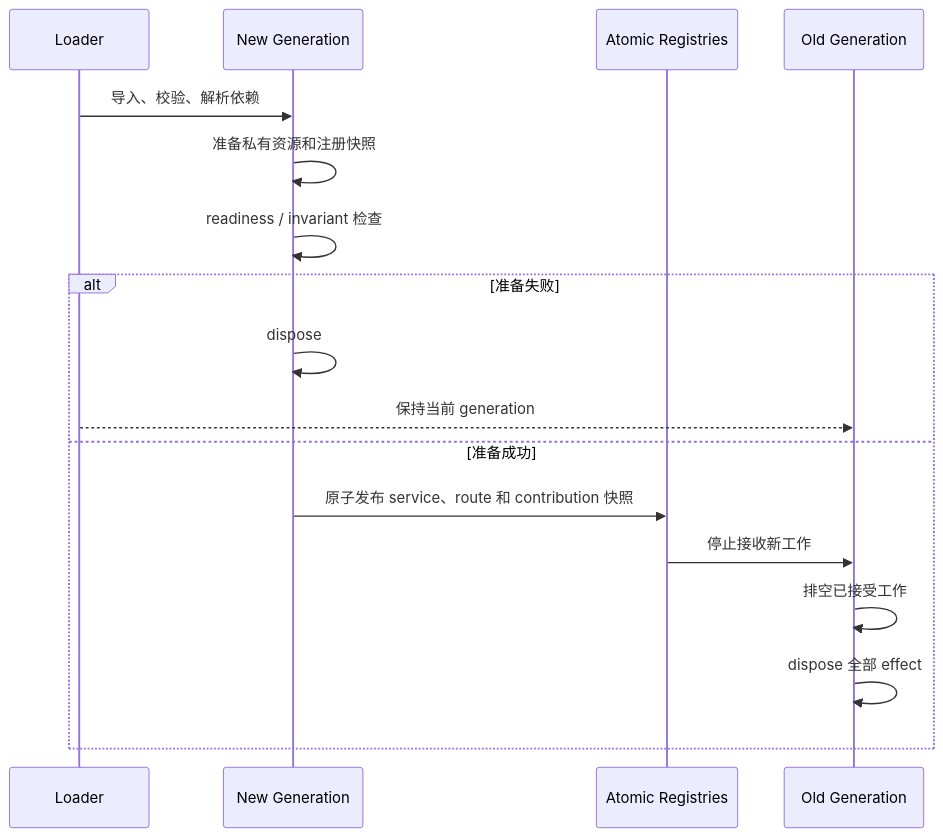
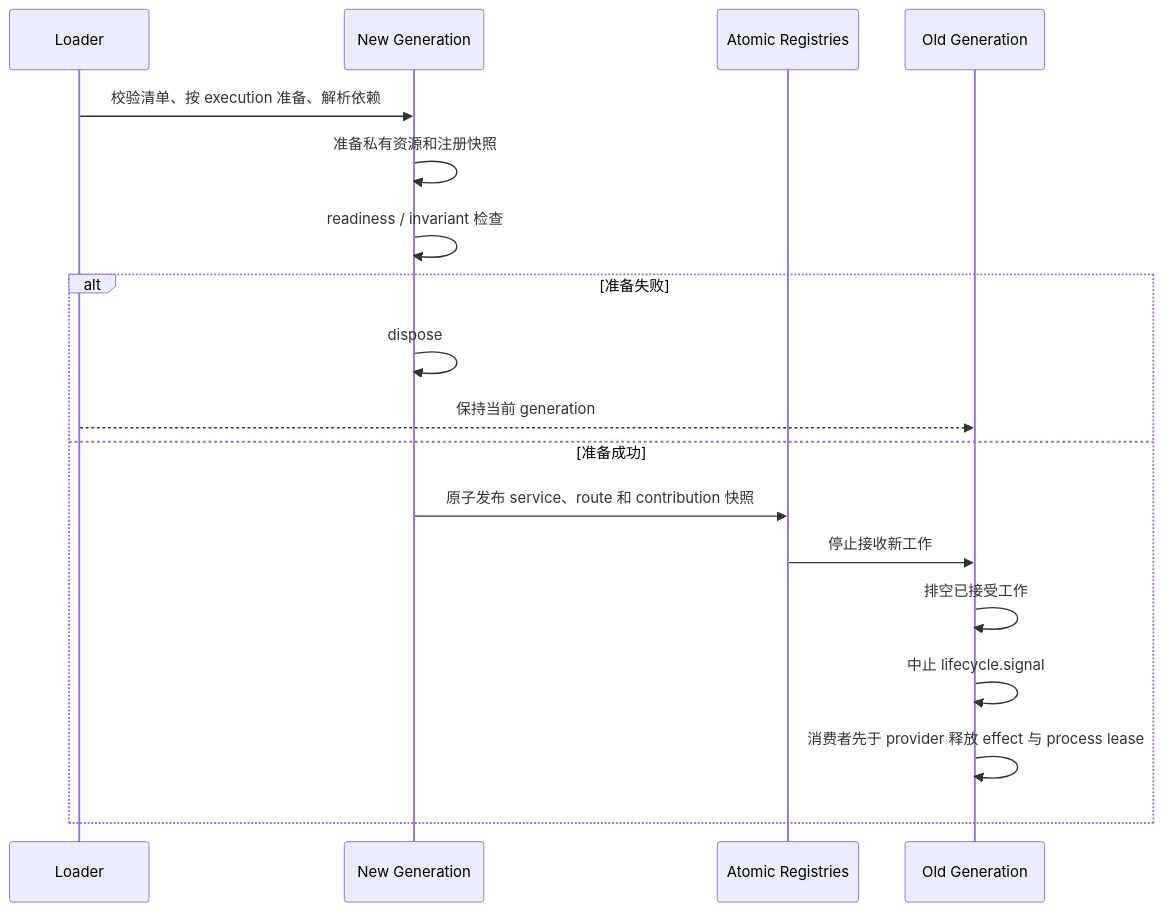
The second of 2 diagrams in docs/manager-plugin-implementation-hot-swap.md (vb2250158/RabiRoute), drawn with Mermaid before and after one commit. The commit also changed other lines of this file and 459 other files, not shown here.

First line of the commit message:
Release 0.2.2 lifecycle and plugin architecture

````diff
--- a/docs/manager-plugin-implementation-hot-swap.md
+++ b/docs/manager-plugin-implementation-hot-swap.md
@@ -335,20 +334,21 @@
 ```mermaid
 sequenceDiagram
     participant L as Loader
     participant N as New Generation
     participant R as Atomic Registries
     participant O as Old Generation
 
-    L->>N: 导入、校验、解析依赖
+    L->>N: 校验清单、按 execution 准备、解析依赖
     N->>N: 准备私有资源和注册快照
     N->>N: readiness / invariant 检查
     alt 准备失败
         N->>N: dispose
         L-->>O: 保持当前 generation
     else 准备成功
         N->>R: 原子发布 service、route 和 contribution 快照
         R->>O: 停止接收新工作
         O->>O: 排空已接受工作
-        O->>O: dispose 全部 effect
+        O->>O: 中止 lifecycle.signal
+        O->>O: 消费者先于 provider 释放 effect 与 process lease
     end
 ```
````
